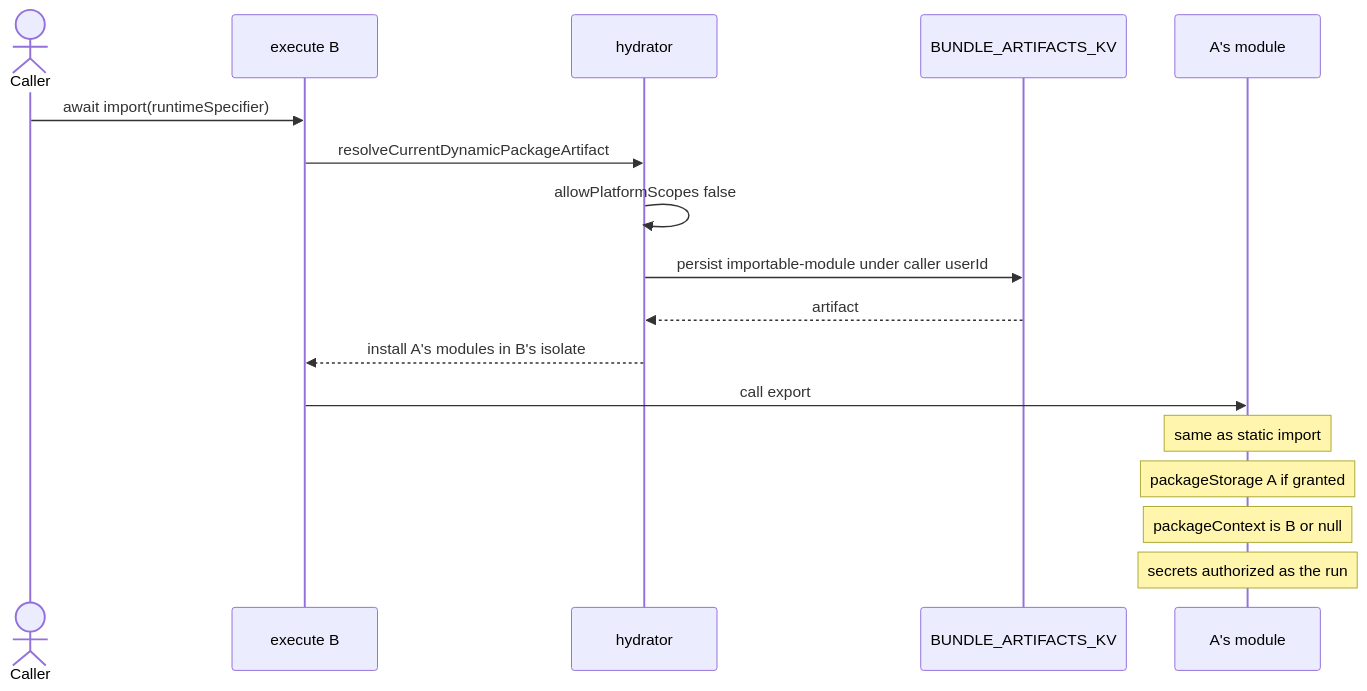
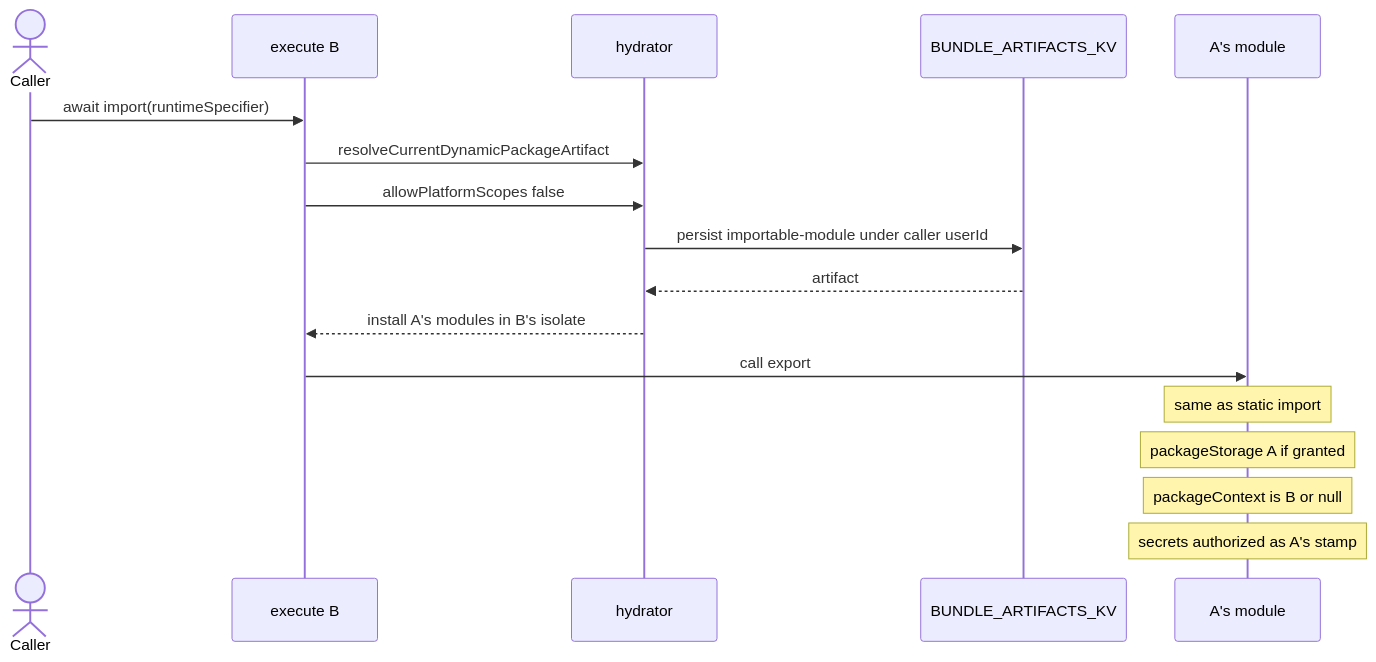
The fourth of 5 diagrams in docs/contributing/package-storage-static-imports.md (kentcdodds/kody), drawn with Mermaid before and after one commit. The commit also changed other lines of this file and 30 other files, not shown here.

````diff
--- a/docs/contributing/package-storage-static-imports.md
+++ b/docs/contributing/package-storage-static-imports.md
@@ -155,19 +167,19 @@
 ```mermaid
 sequenceDiagram
 	actor Caller
 	participant Execute as execute B
 	participant Hydrate as hydrator
 	participant KV as BUNDLE_ARTIFACTS_KV
 	participant Amod as A's module
 	Caller->>Execute: await import(runtimeSpecifier)
 	Execute->>Hydrate: resolveCurrentDynamicPackageArtifact
-	Hydrate->>Hydrate: allowPlatformScopes false
+	Execute->>Hydrate: allowPlatformScopes false
 	Hydrate->>KV: persist importable-module under caller userId
 	KV-->>Hydrate: artifact
 	Hydrate-->>Execute: install A's modules in B's isolate
 	Execute->>Amod: call export
 	Note over Amod: same as static import
 	Note over Amod: packageStorage A if granted
 	Note over Amod: packageContext is B or null
-	Note over Amod: secrets authorized as the run
+	Note over Amod: secrets authorized as A's stamp
 ```
````
